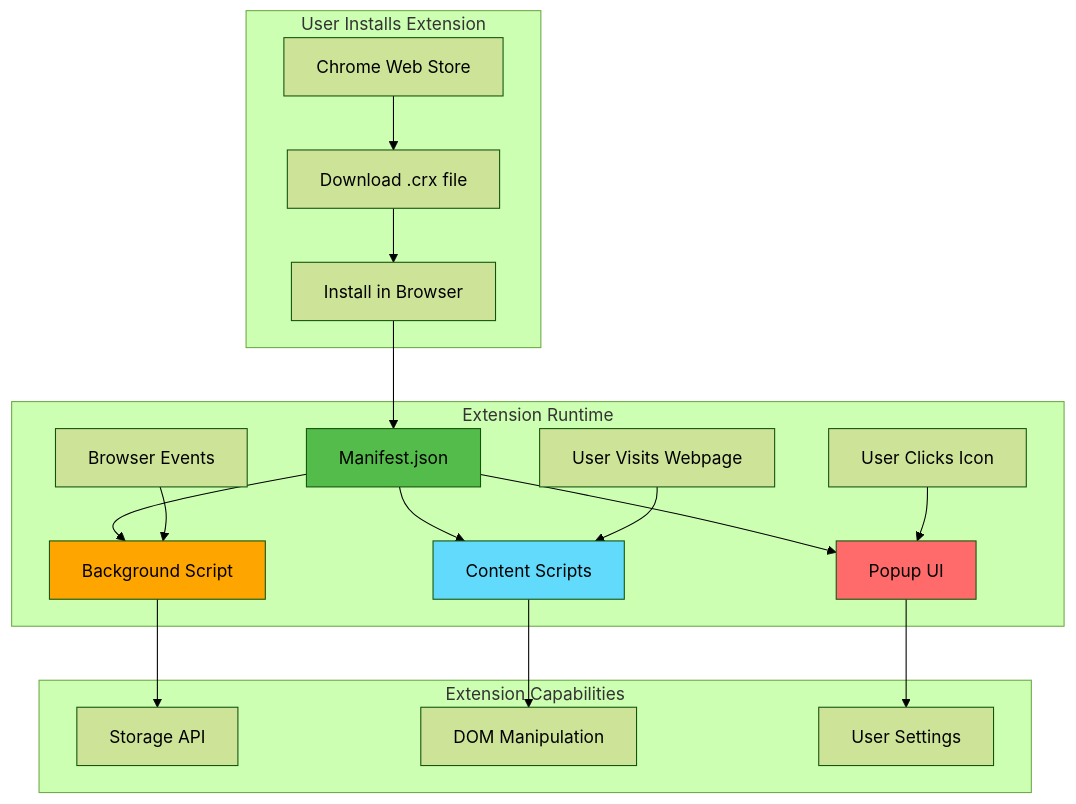
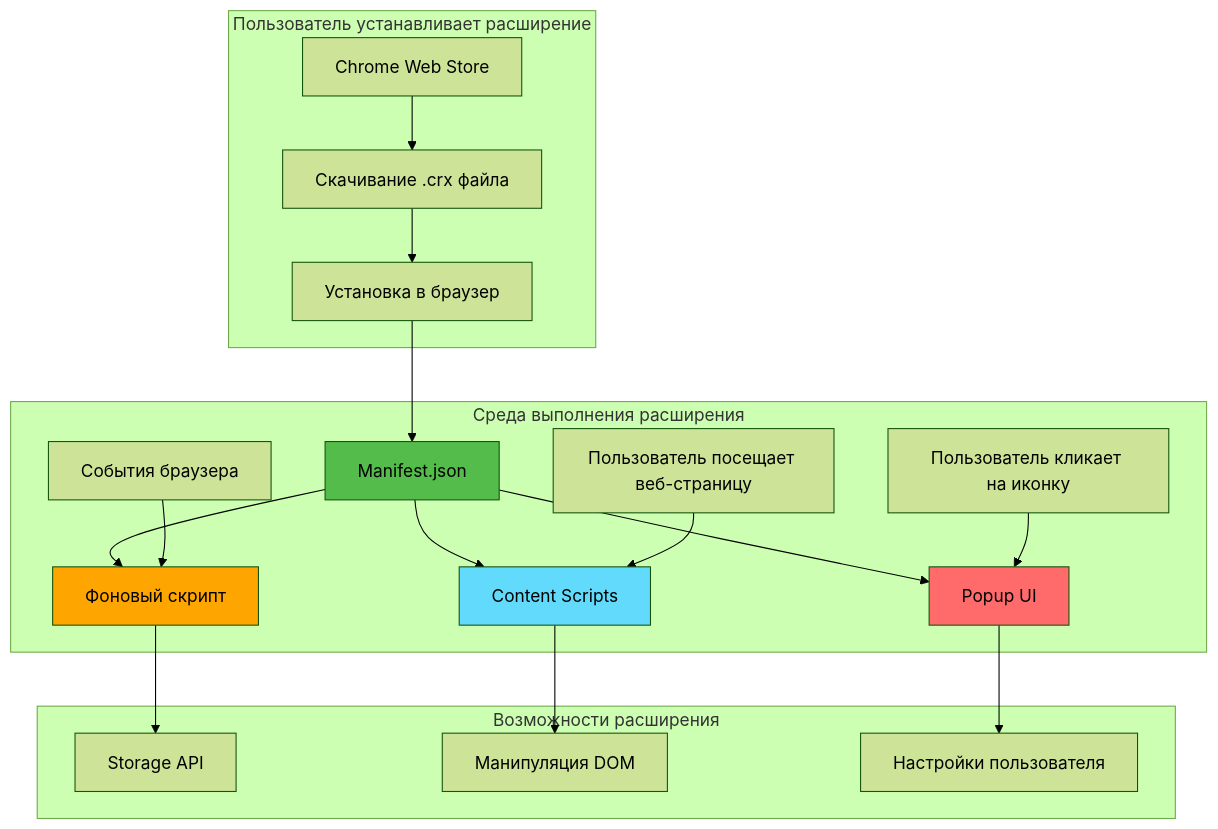
Before and after one commit to drunkody/textarea-fullscreen-extension: the first of 3 diagrams in slides/00-intro-chrome-extensions.md, drawn with Mermaid (forest theme). The commit also changed other lines of this file and 22 other files, not shown here.

````diff
--- a/slides/00-intro-chrome-extensions.md
+++ b/slides/00-intro-chrome-extensions.md
@@ -61,29 +61,29 @@
 ```mermaid
 graph TB
-    subgraph "User Installs Extension"
-        A[Chrome Web Store] --> B[Download .crx file]
-        B --> C[Install in Browser]
+    subgraph "Пользователь устанавливает расширение"
+        A[Chrome Web Store] --> B[Скачивание .crx файла]
+        B --> C[Установка в браузер]
     end
     
-    subgraph "Extension Runtime"
+    subgraph "Среда выполнения расширения"
         C --> D[Manifest.json]
-        D --> E[Background Script]
+        D --> E[Фоновый скрипт]
         D --> F[Content Scripts]
         D --> G[Popup UI]
         
-        H[User Visits Webpage] --> F
-        I[User Clicks Icon] --> G
-        J[Browser Events] --> E
+        H[Пользователь посещает веб-страницу] --> F
+        I[Пользователь кликает на иконку] --> G
+        J[События браузера] --> E
     end
     
-    subgraph "Extension Capabilities"
+    subgraph "Возможности расширения"
         E --> K[Storage API]
-        F --> L[DOM Manipulation]
-        G --> M[User Settings]
+        F --> L[Манипуляция DOM]
+        G --> M[Настройки пользователя]
     end
     
     style D fill:#54bc4a
     style E fill:#ffa500
     style F fill:#61dafb
     style G fill:#ff6b6b
 ```
````
